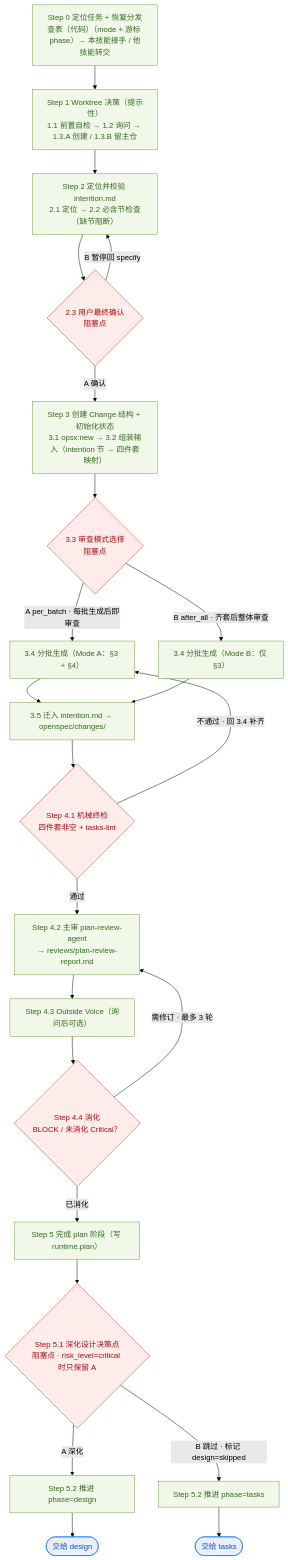
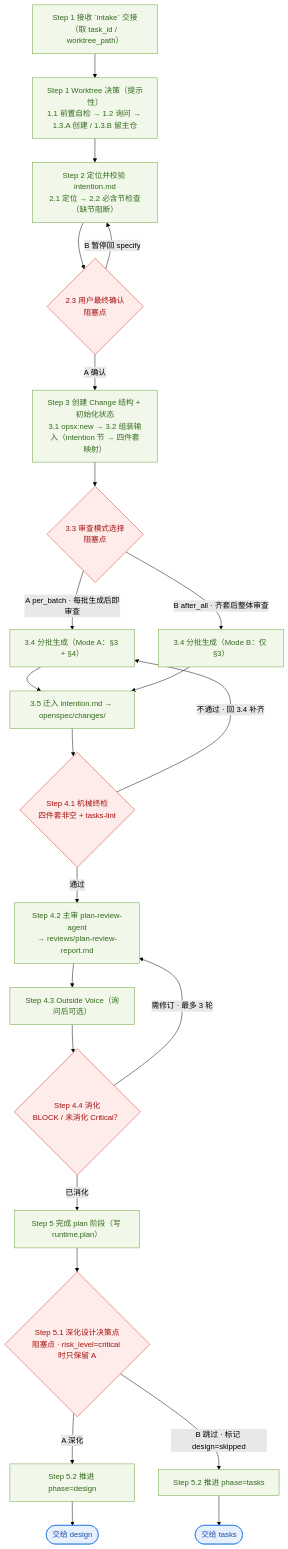
Before and after one commit to incodingless/polaris-flow: the fifth of 12 diagrams in docs/architecture/coding-workflow-flows.md, drawn with Mermaid (forest theme). The commit also changed other lines of this file and 46 other files, not shown here.

````diff
--- a/docs/architecture/coding-workflow-flows.md
+++ b/docs/architecture/coding-workflow-flows.md
@@ -279,33 +268,33 @@
 ```mermaid
 flowchart TD
-    P0["Step 0 定位任务 + 恢复分发<br/>查表（代码）（mode + 游标 phase）→ 本技能接手 / 他技能转交"]
+    P0["Step 1 接收 `intake` 交接（取 task_id / worktree_path）"]
     P0 --> P1["Step 1 Worktree 决策（提示性）<br/>1.1 前置自检 → 1.2 询问 → 1.3.A 创建 / 1.3.B 留主仓"]
     P1 --> P2["Step 2 定位并校验 intention.md<br/>2.1 定位 → 2.2 必含节检查（缺节阻断）"]
     P2 --> PC2{"2.3 用户最终确认<br/>阻塞点"}
     PC2 -->|"B 暂停回 specify"| P2
     PC2 -->|"A 确认"| P3["Step 3 创建 Change 结构 + 初始化状态<br/>3.1 opsx:new → 3.2 组装输入（intention 节 → 四件套映射）"]
     P3 --> PC3{"3.3 审查模式选择<br/>阻塞点"}
     PC3 -->|"A per_batch · 每批生成后即审查"| P34A["3.4 分批生成（Mode A：§3 + §4）"]
     PC3 -->|"B after_all · 齐套后整体审查"| P34B["3.4 分批生成（Mode B：仅 §3）"]
     P34A --> P35["3.5 迁入 intention.md → openspec/changes/"]
     P34B --> P35
     P35 --> PC41{"Step 4.1 机械终检<br/>四件套非空 + tasks-lint"}
     PC41 -->|"不通过 · 回 3.4 补齐"| P34A
     PC41 -->|"通过"| P42["Step 4.2 主审 plan-review-agent<br/>→ reviews/plan-review-report.md"]
     P42 --> P43["Step 4.3 Outside Voice（询问后可选）"]
     P43 --> PC44{"Step 4.4 消化<br/>BLOCK / 未消化 Critical？"}
     PC44 -->|"需修订 · 最多 3 轮"| P42
     PC44 -->|"已消化"| P5["Step 5 完成 plan 阶段（写 runtime.plan）"]
     P5 --> PC51{"Step 5.1 深化设计决策点<br/>阻塞点 · risk_level=critical 时只保留 A"}
     PC51 -->|"A 深化"| P52A["Step 5.2 推进 phase=design"]
     PC51 -->|"B 跳过 · 标记 design=skipped"| P52B["Step 5.2 推进 phase=tasks"]
     P52A --> PD(["交给 design"])
     P52B --> PT(["交给 tasks"])
 
     classDef step fill:#f1f8e9,stroke:#689f38,color:#33691e
     classDef gate fill:#fdecea,stroke:#d93025,color:#a50e0e
     classDef out fill:#e8f0fe,stroke:#1a73e8,color:#174ea6
     class P0,P1,P2,P3,P34A,P34B,P35,P42,P43,P5,P52A,P52B step
     class PC2,PC3,PC41,PC44,PC51 gate
     class PD,PT out
 ```
````
